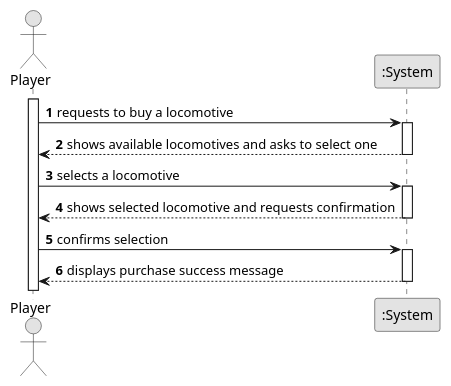
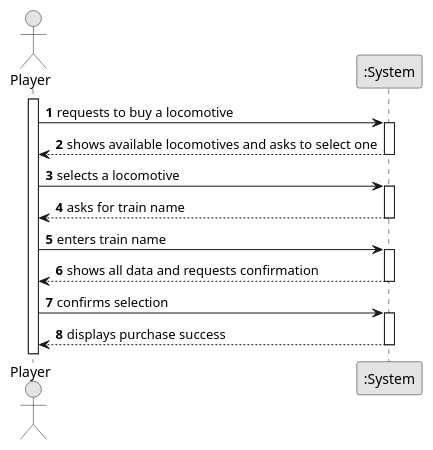
One commit to 1240826/empire-on-tracks changed the diagram in docs/system-documentation/US009/01.requirements-engineering/puml/US009-SSD.puml. Above: the diagram before and after it, drawn with PlantUML. The commit also changed 3 other files, not shown here.

```diff
--- a/docs/system-documentation/US009/01.requirements-engineering/puml/US009-SSD.puml
+++ b/docs/system-documentation/US009/01.requirements-engineering/puml/US009-SSD.puml
@@ -1,31 +1,37 @@
 @startuml
 skinparam monochrome true
 skinparam packageStyle rectangle
 skinparam shadowing false
 
 autonumber
 
 actor "Player" as Player
 participant ":System" as System
 
 activate Player
 
     Player -> System : requests to buy a locomotive
     activate System
 
         System --> Player : shows available locomotives and asks to select one
     deactivate System
 
     Player -> System : selects a locomotive
     activate System
 
-            System --> Player : shows selected locomotive and requests confirmation
+            System --> Player : asks for train name
+    deactivate System
+
+    Player -> System : enters train name
+        activate System
+
+            System --> Player : shows all data and requests confirmation
     deactivate System
 
     Player -> System : confirms selection
     activate System
 
-        System --> Player : displays purchase success message
+        System --> Player : displays purchase success
     deactivate System
 
 @enduml
```
